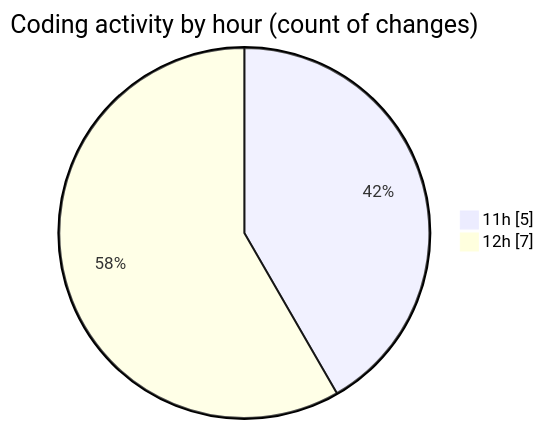
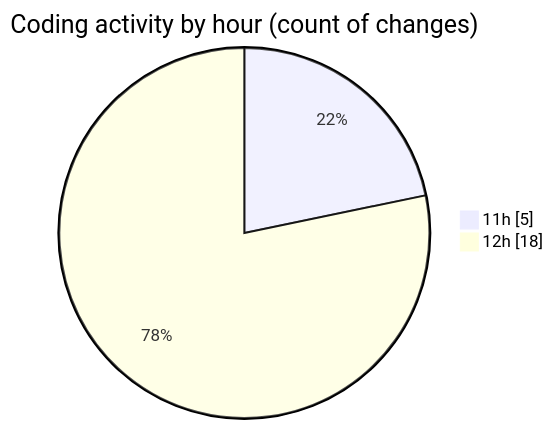
The second of 2 diagrams in 2025-12-31/nxtqube_webapp/README.md (nxtqubesakshisongat/code-tracking), drawn with Mermaid before and after one commit. The commit also changed other lines of this file and 1 other file, not shown here.

````diff
--- a/2025-12-31/nxtqube_webapp/README.md
+++ b/2025-12-31/nxtqube_webapp/README.md
@@ -35,6 +35,6 @@
 ```mermaid
 pie showData
 title Coding activity by hour (count of changes)
 "11h" : 5
-"12h" : 7
+"12h" : 18
 ```
````
